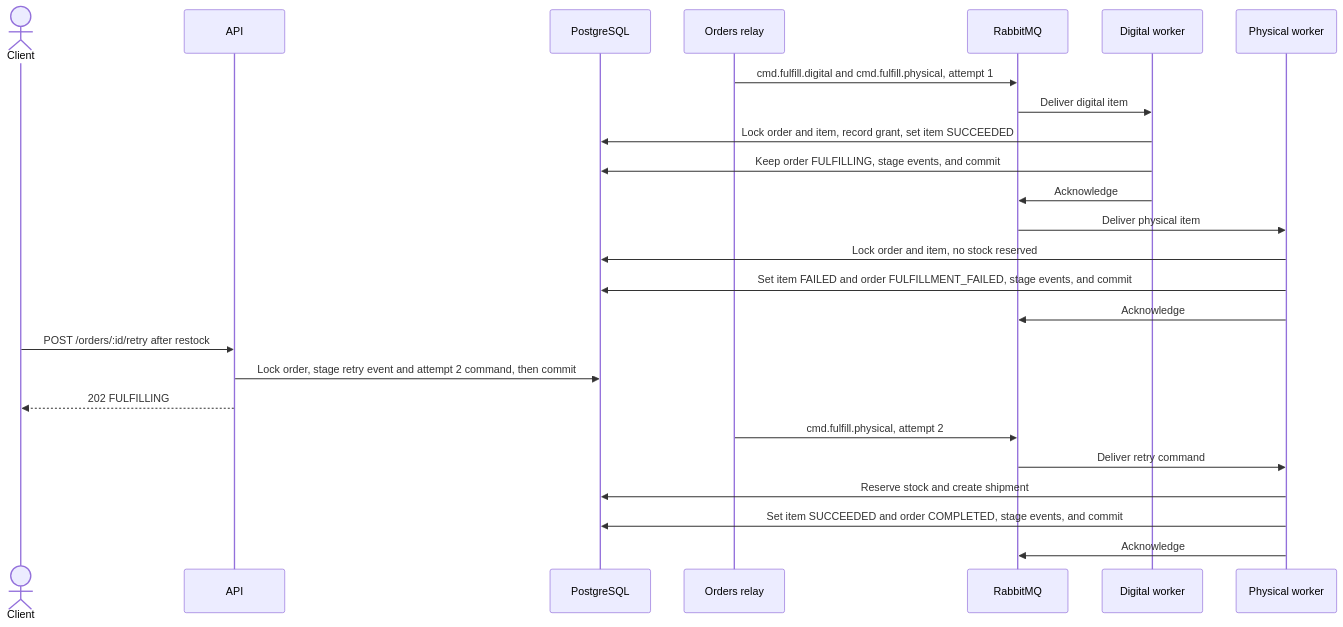
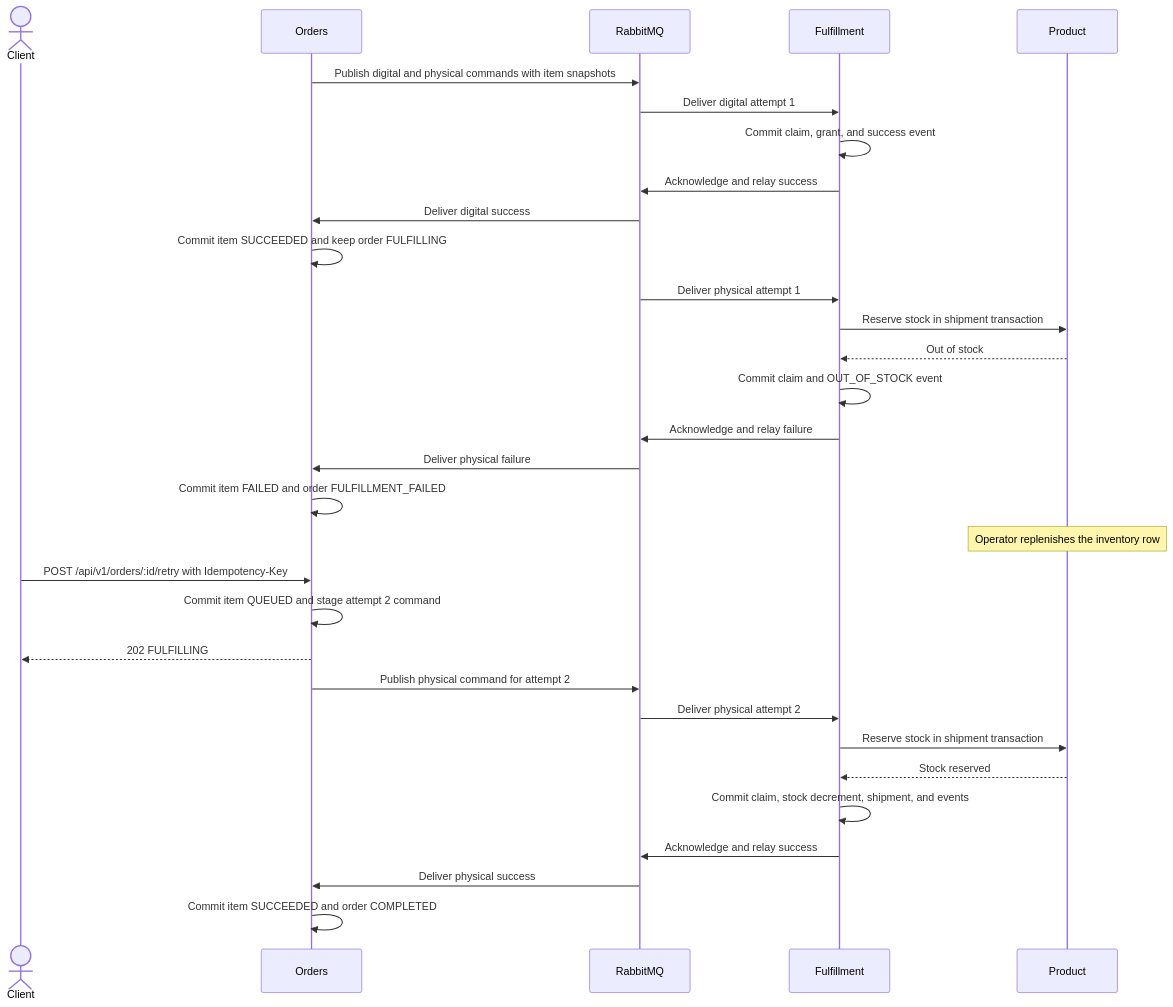
The second of 2 diagrams in docs/diagrams/fulfill_order.md (dinno7/distributed-ecommerce), drawn with Mermaid before and after one commit. The commit also changed other lines of this file and 30 other files, not shown here.

````diff
--- a/docs/diagrams/fulfill_order.md
+++ b/docs/diagrams/fulfill_order.md
@@ -61,30 +64,36 @@
 ```mermaid
 sequenceDiagram
     actor Client
-    participant API
-    participant DB as PostgreSQL
-    participant Relay as Orders relay
+    participant Orders
     participant MQ as RabbitMQ
-    participant Digital as Digital worker
-    participant Physical as Physical worker
+    participant Fulfillment
+    participant Product
 
-    Relay->>MQ: cmd.fulfill.digital and cmd.fulfill.physical, attempt 1
-    MQ->>Digital: Deliver digital item
-    Digital->>DB: Lock order and item, record grant, set item SUCCEEDED
-    Digital->>DB: Keep order FULFILLING, stage events, and commit
-    Digital->>MQ: Acknowledge
-    MQ->>Physical: Deliver physical item
-    Physical->>DB: Lock order and item, no stock reserved
-    Physical->>DB: Set item FAILED and order FULFILLMENT_FAILED, stage events, and commit
-    Physical->>MQ: Acknowledge
+    Orders->>MQ: Publish digital and physical commands with item snapshots
+    MQ->>Fulfillment: Deliver digital attempt 1
+    Fulfillment->>Fulfillment: Commit claim, grant, and success event
+    Fulfillment->>MQ: Acknowledge and relay success
+    MQ->>Orders: Deliver digital success
+    Orders->>Orders: Commit item SUCCEEDED and keep order FULFILLING
 
-    Client->>API: POST /orders/:id/retry after restock
-    API->>DB: Lock order, stage retry event and attempt 2 command, then commit
-    API-->>Client: 202 FULFILLING
+    MQ->>Fulfillment: Deliver physical attempt 1
+    Fulfillment->>Product: Reserve stock in shipment transaction
+    Product-->>Fulfillment: Out of stock
+    Fulfillment->>Fulfillment: Commit claim and OUT_OF_STOCK event
+    Fulfillment->>MQ: Acknowledge and relay failure
+    MQ->>Orders: Deliver physical failure
+    Orders->>Orders: Commit item FAILED and order FULFILLMENT_FAILED
 
-    Relay->>MQ: cmd.fulfill.physical, attempt 2
-    MQ->>Physical: Deliver retry command
-    Physical->>DB: Reserve stock and create shipment
-    Physical->>DB: Set item SUCCEEDED and order COMPLETED, stage events, and commit
-    Physical->>MQ: Acknowledge
+    Note over Product: Operator replenishes the inventory row
+    Client->>Orders: POST /api/v1/orders/:id/retry with Idempotency-Key
+    Orders->>Orders: Commit item QUEUED and stage attempt 2 command
+    Orders-->>Client: 202 FULFILLING
+    Orders->>MQ: Publish physical command for attempt 2
+    MQ->>Fulfillment: Deliver physical attempt 2
+    Fulfillment->>Product: Reserve stock in shipment transaction
+    Product-->>Fulfillment: Stock reserved
+    Fulfillment->>Fulfillment: Commit claim, stock decrement, shipment, and events
+    Fulfillment->>MQ: Acknowledge and relay success
+    MQ->>Orders: Deliver physical success
+    Orders->>Orders: Commit item SUCCEEDED and order COMPLETED
 ```
````
